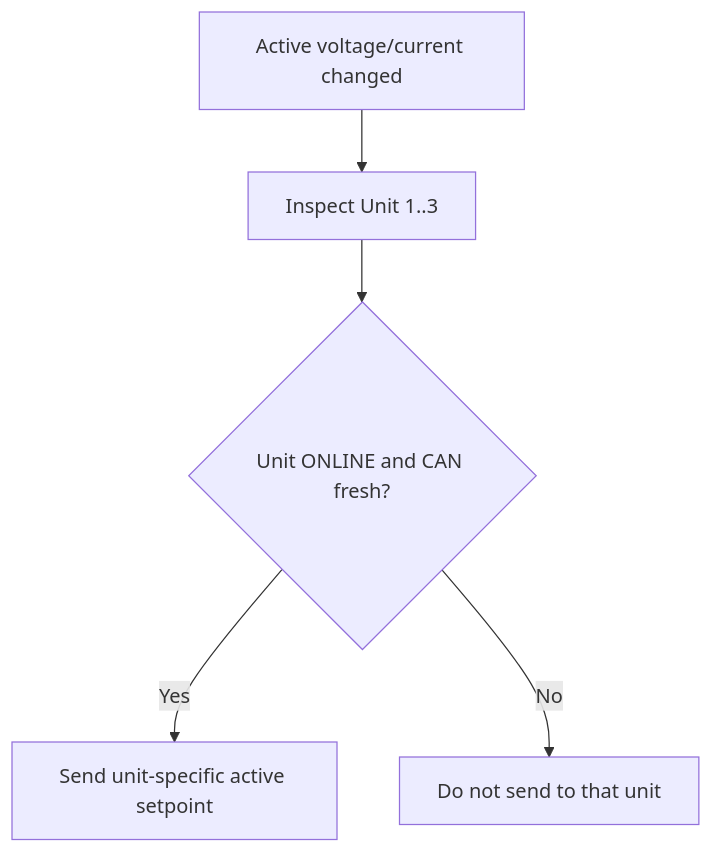
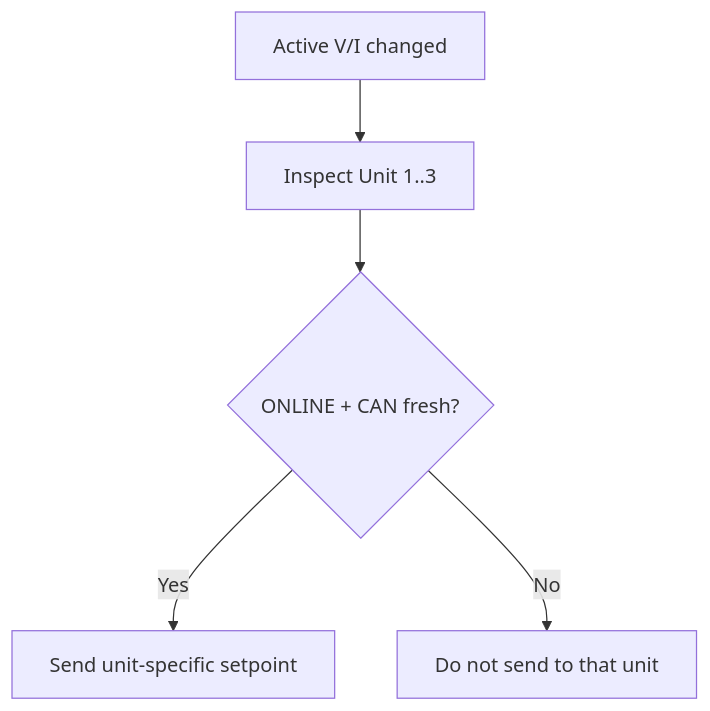
Before and after one commit to anwa/esphome-r4875g1-3phase-charger: diagram 12 of 20 in R4875G1_CONTROL_FLOWS.md, drawn with Mermaid. The commit also changed other lines of this file, not shown here.

````diff
--- a/R4875G1_CONTROL_FLOWS.md
+++ b/R4875G1_CONTROL_FLOWS.md
@@ -512,7 +418,7 @@
 ```mermaid
 flowchart TD
-    A[Active voltage/current changed] --> B[Inspect Unit 1..3]
-    B --> C{Unit ONLINE and CAN fresh?}
-    C -- Yes --> D[Send unit-specific active setpoint]
+    A[Active V/I changed] --> B[Inspect Unit 1..3]
+    B --> C{ONLINE + CAN fresh?}
+    C -- Yes --> D[Send unit-specific setpoint]
     C -- No --> E[Do not send to that unit]
 ```
````
